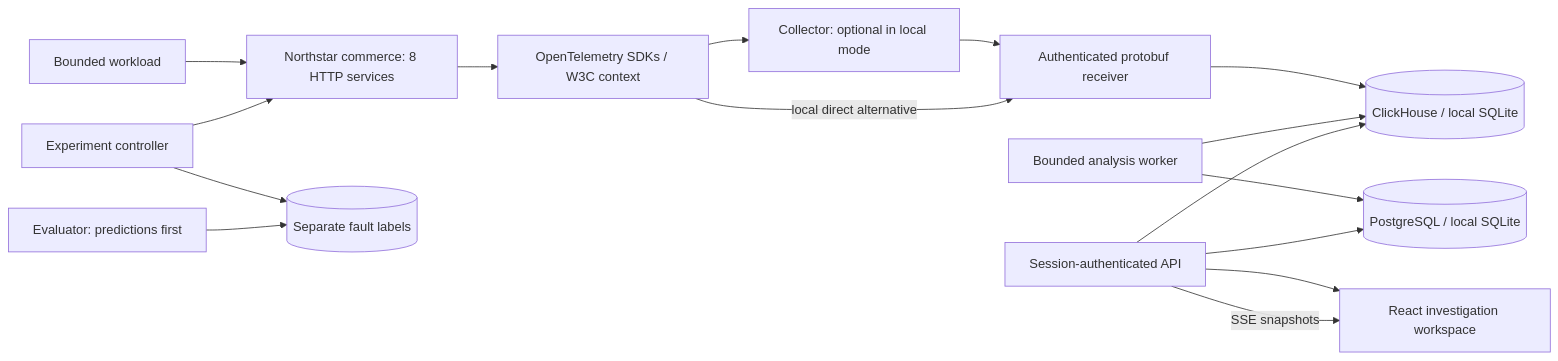
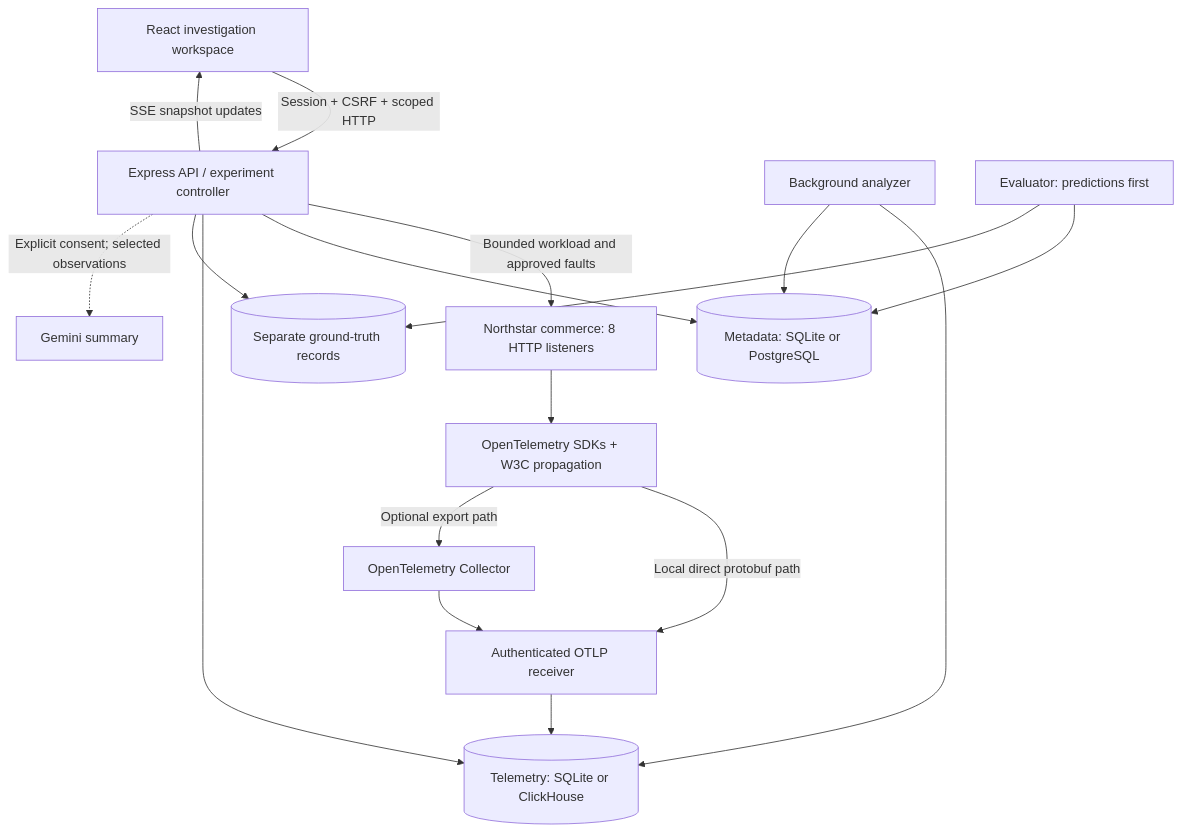
One commit to shubhangampandey/CasualScope changed the first of 3 diagrams in README.md. Above: the diagram before and after it, drawn with Mermaid. The commit also changed other lines of this file and 2 other files, not shown here.

````diff
--- a/README.md
+++ b/README.md
@@ -71,18 +73,19 @@
 ```mermaid
-flowchart LR
-  T[Bounded workload] --> G[Northstar commerce: 8 HTTP services]
-  G --> S[OpenTelemetry SDKs / W3C context]
-  S --> C[Collector: optional in local mode]
-  C --> I[Authenticated protobuf receiver]
-  S -->|local direct alternative| I
-  I --> D[(ClickHouse / local SQLite)]
-  A[Bounded analysis worker] --> D
-  A --> M[(PostgreSQL / local SQLite)]
-  API[Session-authenticated API] --> D
-  API --> M
-  API --> UI[React investigation workspace]
-  API -->|SSE snapshots| UI
-  E[Experiment controller] --> G
-  E --> GT[(Separate fault labels)]
-  EV[Evaluator: predictions first] --> GT
+flowchart TD
+    UI["React investigation workspace"] -->|"Session + CSRF + scoped HTTP"| API["Express API / experiment controller"]
+    API -->|"Bounded workload and approved faults"| DEMO["Northstar commerce: 8 HTTP listeners"]
+    DEMO --> SDK["OpenTelemetry SDKs + W3C propagation"]
+    SDK -->|"Local direct protobuf path"| ING["Authenticated OTLP receiver"]
+    SDK -->|"Optional export path"| COL["OpenTelemetry Collector"]
+    COL --> ING
+    ING --> TEL[("Telemetry: SQLite or ClickHouse")]
+    API --> META[("Metadata: SQLite or PostgreSQL")]
+    WORK["Background analyzer"] --> TEL
+    WORK --> META
+    API --> TEL
+    API -->|"SSE snapshot updates"| UI
+    API --> GT[("Separate ground-truth records")]
+    EV["Evaluator: predictions first"] --> META
+    EV --> GT
+    API -.->|"Explicit consent; selected observations"| AI["Gemini summary"]
 ```
````
